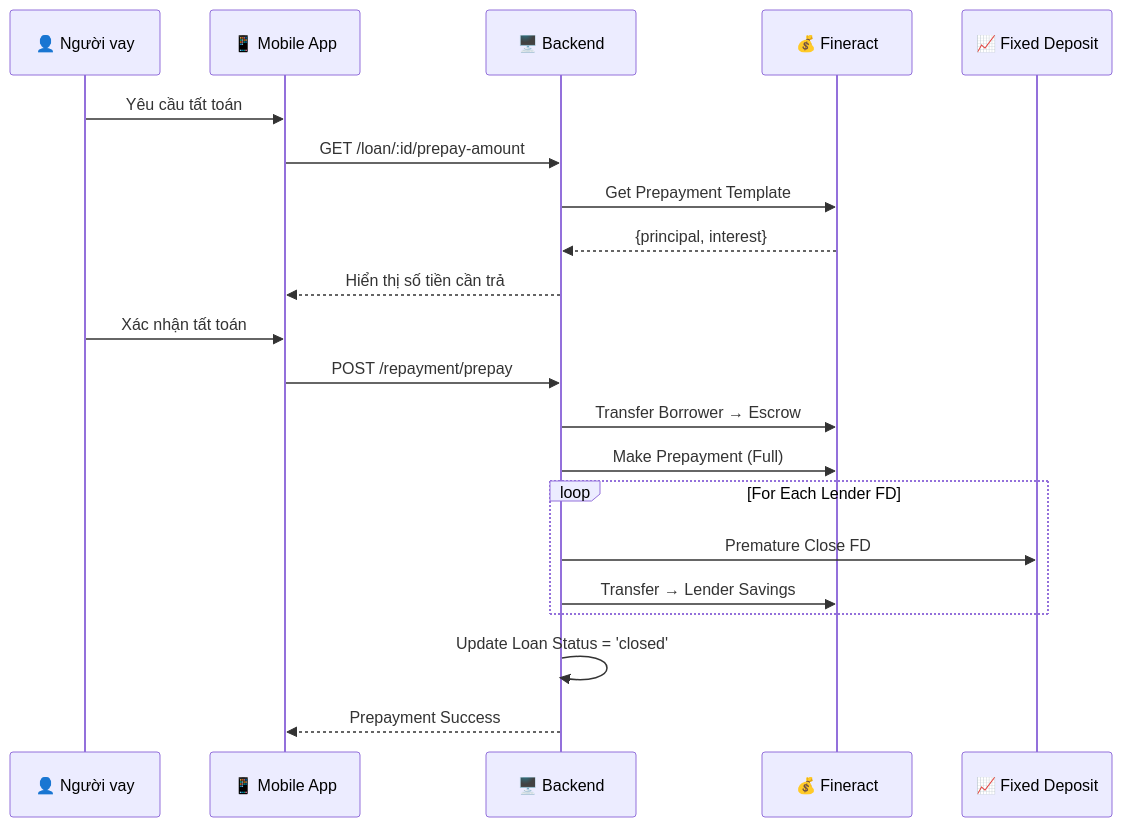
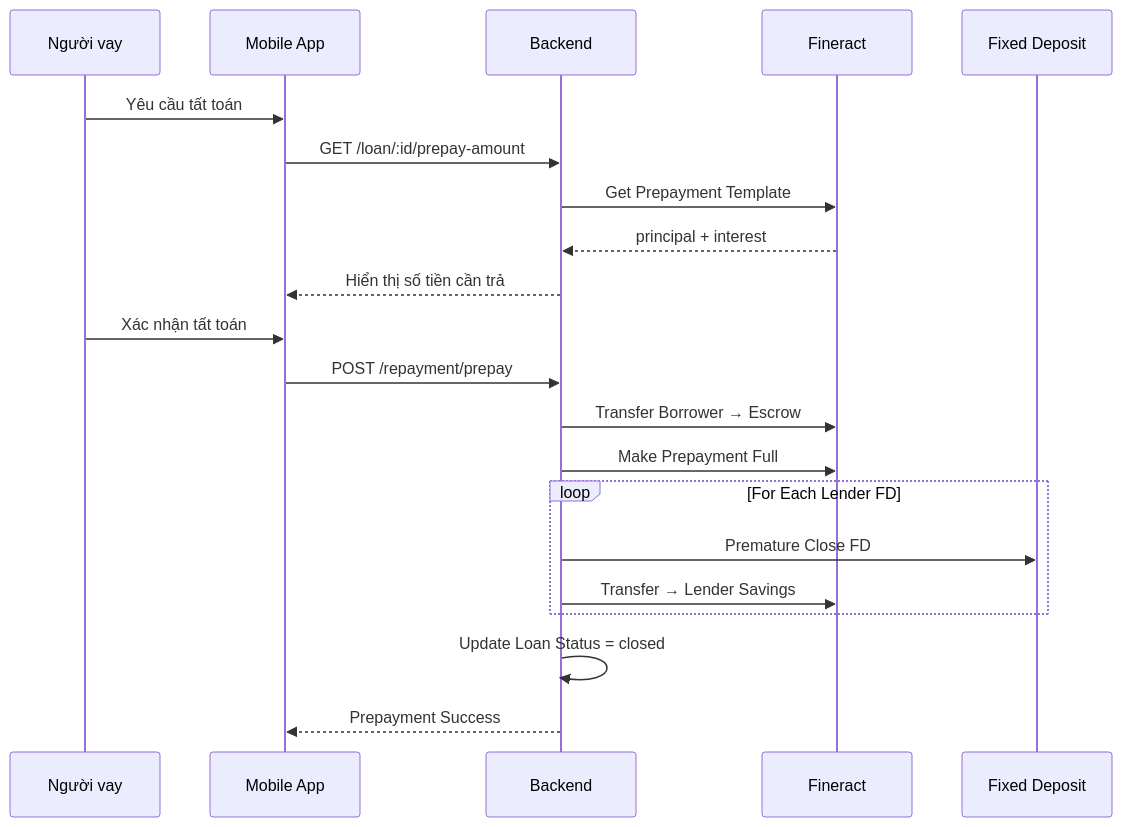
One commit to TruonggGiangg/p2p-do-an changed the second of 2 diagrams in docs/docs/features/repayment.md. Above: the diagram before and after it, drawn with Mermaid. The commit also changed other lines of this file and 8 other files, not shown here.

````diff
--- a/docs/docs/features/repayment.md
+++ b/docs/docs/features/repayment.md
@@ -73,27 +74,27 @@
 ```mermaid
 sequenceDiagram
-    participant Borrower as 👤 Người vay
-    participant App as 📱 Mobile App
-    participant API as 🖥️ Backend
-    participant Fineract as 💰 Fineract
-    participant FD as 📈 Fixed Deposit
+    participant Borrower as Người vay
+    participant App as Mobile App
+    participant API as Backend
+    participant Fineract as Fineract
+    participant FD as Fixed Deposit
 
     Borrower->>App: Yêu cầu tất toán
     App->>API: GET /loan/:id/prepay-amount
     API->>Fineract: Get Prepayment Template
-    Fineract-->>API: {principal, interest}
+    Fineract-->>API: principal + interest
     API-->>App: Hiển thị số tiền cần trả
 
     Borrower->>App: Xác nhận tất toán
     App->>API: POST /repayment/prepay
     API->>Fineract: Transfer Borrower → Escrow
-    API->>Fineract: Make Prepayment (Full)
+    API->>Fineract: Make Prepayment Full
     
     loop For Each Lender FD
         API->>FD: Premature Close FD
         API->>Fineract: Transfer → Lender Savings
     end
     
-    API->>API: Update Loan Status = 'closed'
+    API->>API: Update Loan Status = closed
     API-->>App: Prepayment Success
 ```
````
